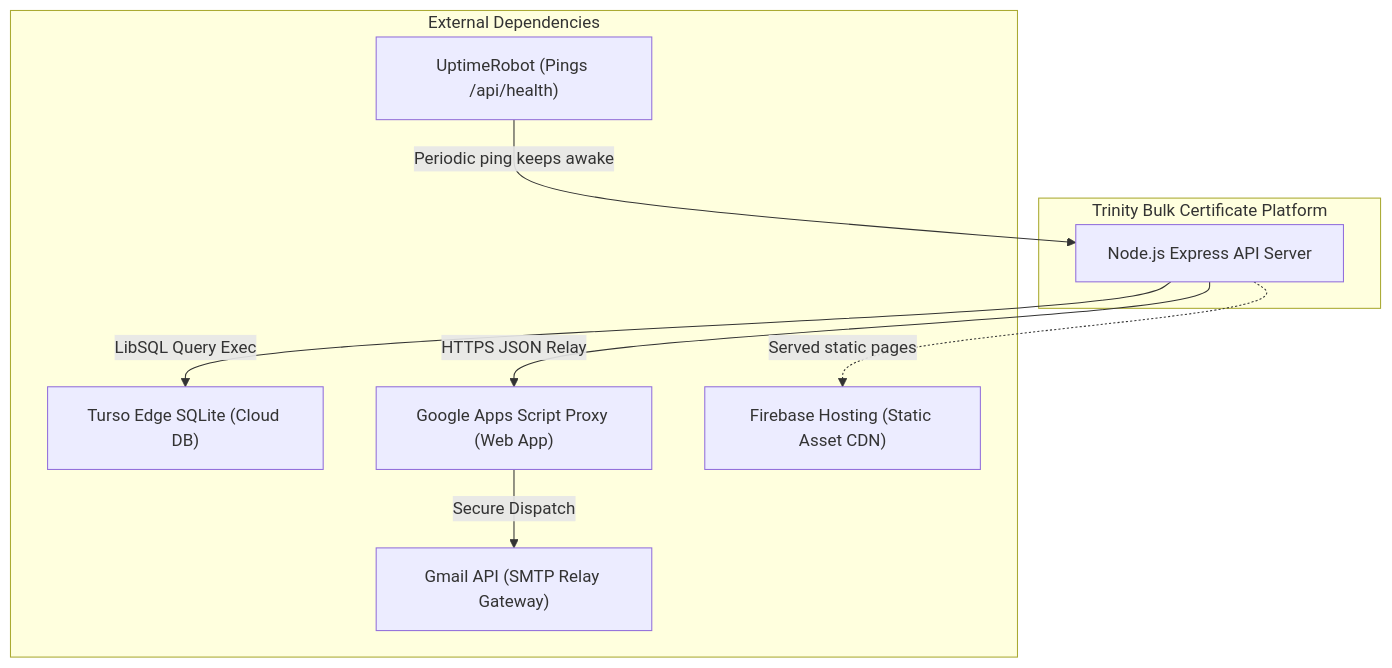
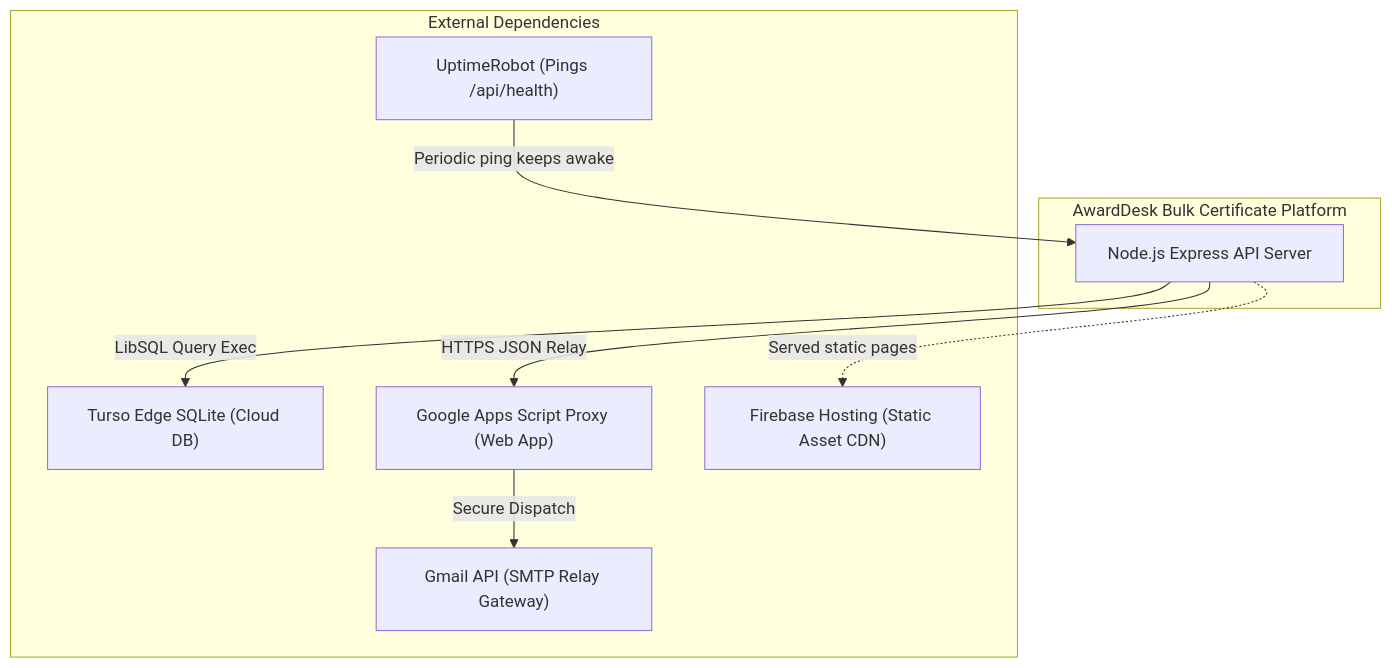
Diagram 13 of 24 in README.md (saicharan-bhuthkuri/rd), drawn with Mermaid before and after one commit. The commit also changed other lines of this file and 1 other file, not shown here.

Commit message:
docs: update README and DEPLOYMENT with AwardDesk branding and correct JWT_SECRET fallback example

````diff
--- a/README.md
+++ b/README.md
@@ -691,20 +691,20 @@
 ```mermaid
 graph TD
-    subgraph "Trinity Bulk Certificate Platform"
+    subgraph "AwardDesk Bulk Certificate Platform"
         App[Node.js Express API Server]
     end
 
     subgraph "External Dependencies"
         Turso["Turso Edge SQLite (Cloud DB)"]
         AppsScript["Google Apps Script Proxy (Web App)"]
         GmailAPI["Gmail API (SMTP Relay Gateway)"]
         Firebase["Firebase Hosting (Static Asset CDN)"]
         UptimeRobot["UptimeRobot (Pings /api/health)"]
     end
 
     App -->|"LibSQL Query Exec"| Turso
     App -->|"HTTPS JSON Relay"| AppsScript
     AppsScript -->|"Secure Dispatch"| GmailAPI
     App -.->|"Served static pages"| Firebase
     UptimeRobot -->|"Periodic ping keeps awake"| App
 ```
````
